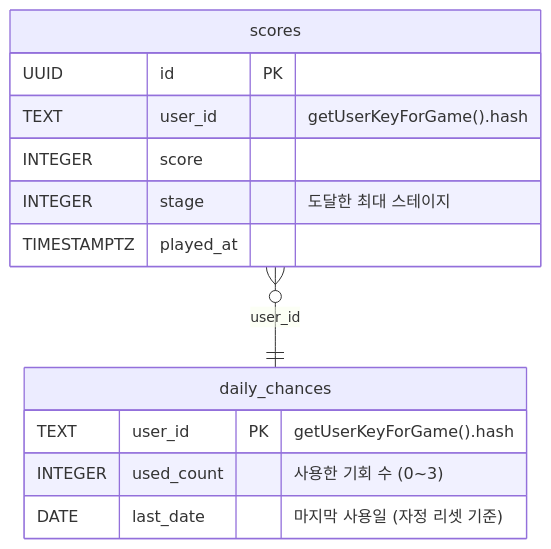
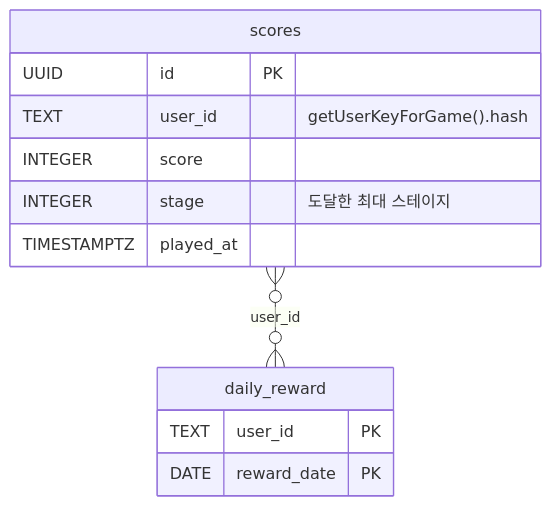
One commit to alruminum/memory-battle changed the fourth of 5 diagrams in docs/architecture.md. Above: the diagram before and after it, drawn with Mermaid. The commit also changed other lines of this file, not shown here.

Commit message:
docs: architecture.md daily_chances 제거 + daily_reward 반영 (PRD v0.2)

````diff
--- a/docs/architecture.md
+++ b/docs/architecture.md
@@ -83,18 +82,17 @@
 ```mermaid
 erDiagram
   scores {
     UUID id PK
     TEXT user_id "getUserKeyForGame().hash"
     INTEGER score
     INTEGER stage "도달한 최대 스테이지"
     TIMESTAMPTZ played_at
   }
 
-  daily_chances {
-    TEXT user_id PK "getUserKeyForGame().hash"
-    INTEGER used_count "사용한 기회 수 (0~3)"
-    DATE last_date "마지막 사용일 (자정 리셋 기준)"
+  daily_reward {
+    TEXT user_id PK
+    DATE reward_date PK
   }
 
-  scores }o--|| daily_chances : "user_id"
+  scores }o--o{ daily_reward : "user_id"
 ```
````
